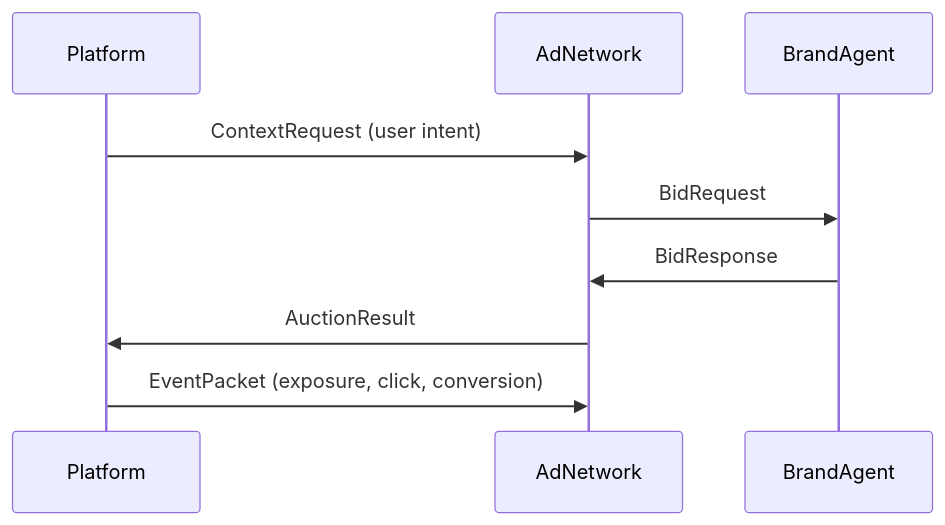
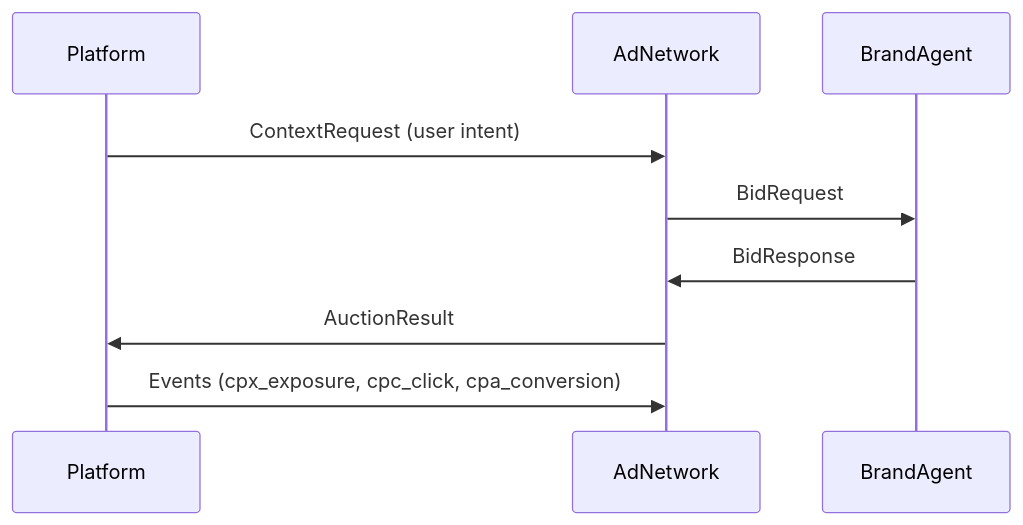
Before and after one commit to GouniManikumar12/mintlify-docs: the diagram in protocol.mdx, drawn with Mermaid. The commit also changed other lines of this file and 12 other files, not shown here.

First line of the commit message:
Revise protocol docs for clarity and schema updates

````diff
--- a/protocol.mdx
+++ b/protocol.mdx
@@ -35,12 +35,12 @@
 ```mermaid
 sequenceDiagram
   participant Platform
   participant AdNetwork
   participant BrandAgent
 
   Platform->>AdNetwork: ContextRequest (user intent)
   AdNetwork->>BrandAgent: BidRequest
   BrandAgent->>AdNetwork: BidResponse
   AdNetwork->>Platform: AuctionResult
-  Platform->>AdNetwork: EventPacket (exposure, click, conversion)
+  Platform->>AdNetwork: Events (cpx_exposure, cpc_click, cpa_conversion)
 ```
````
